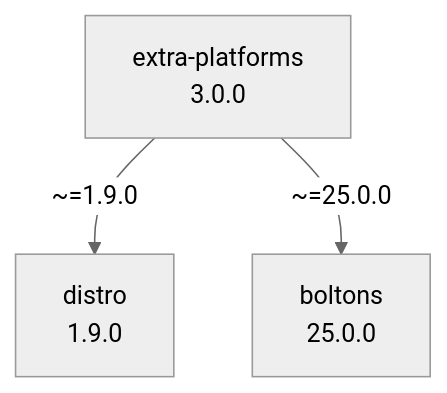
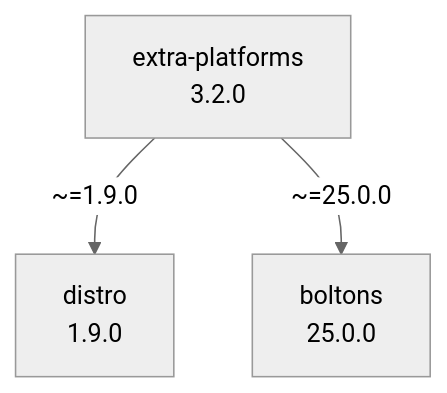
Before and after one commit to kdeldycke/extra-platforms: the diagram in docs/assets/dependencies.mmd, drawn with Mermaid (neutral theme).

Commit message:
[autofix] Regenerate dependency graph

```diff
--- a/docs/assets/dependencies.mmd
+++ b/docs/assets/dependencies.mmd
@@ -1,7 +1,7 @@
 flowchart TD
     classDef missing stroke-dasharray: 5
     boltons["boltons\n25.0.0"]
     distro["distro\n1.9.0"]
-    extra-platforms["extra-platforms\n3.0.0"]
+    extra-platforms["extra-platforms\n3.2.0"]
     extra-platforms -- "~=1.9.0" --> distro
     extra-platforms -- "~=25.0.0" --> boltons
```
